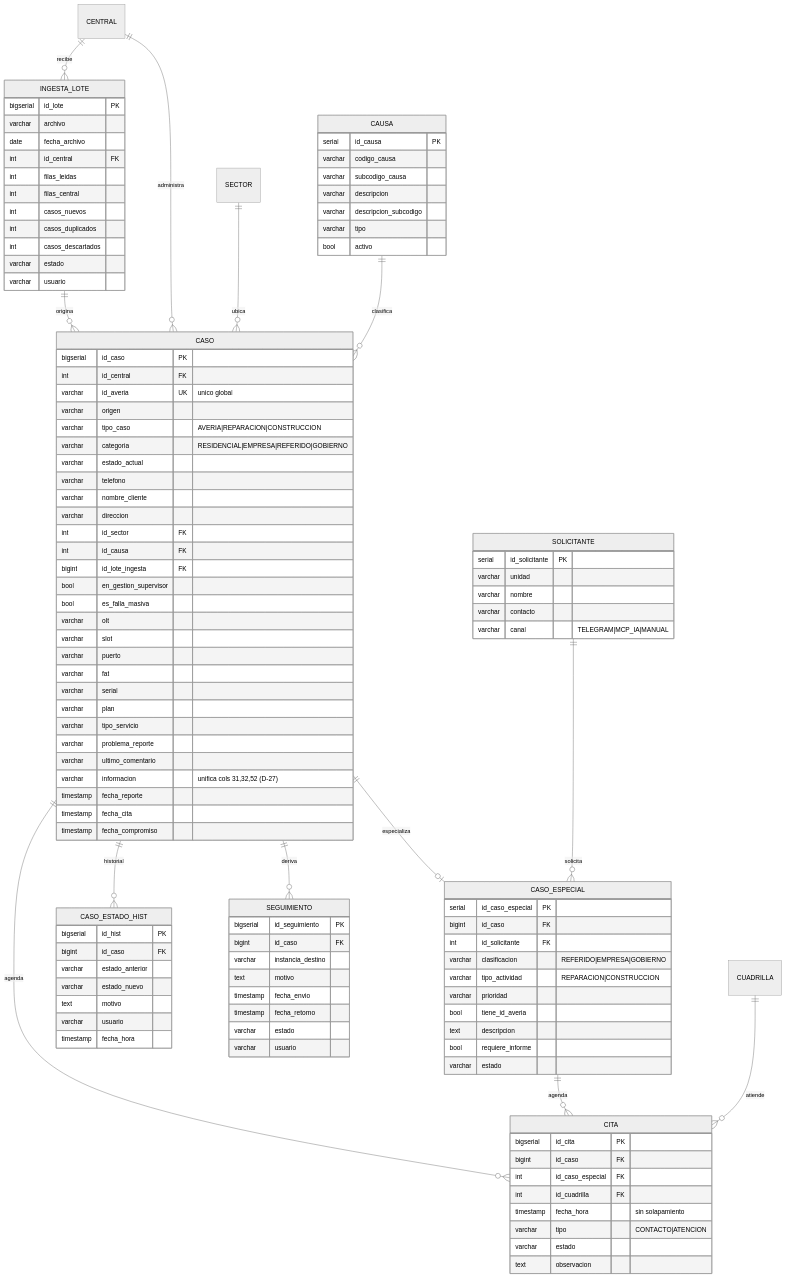
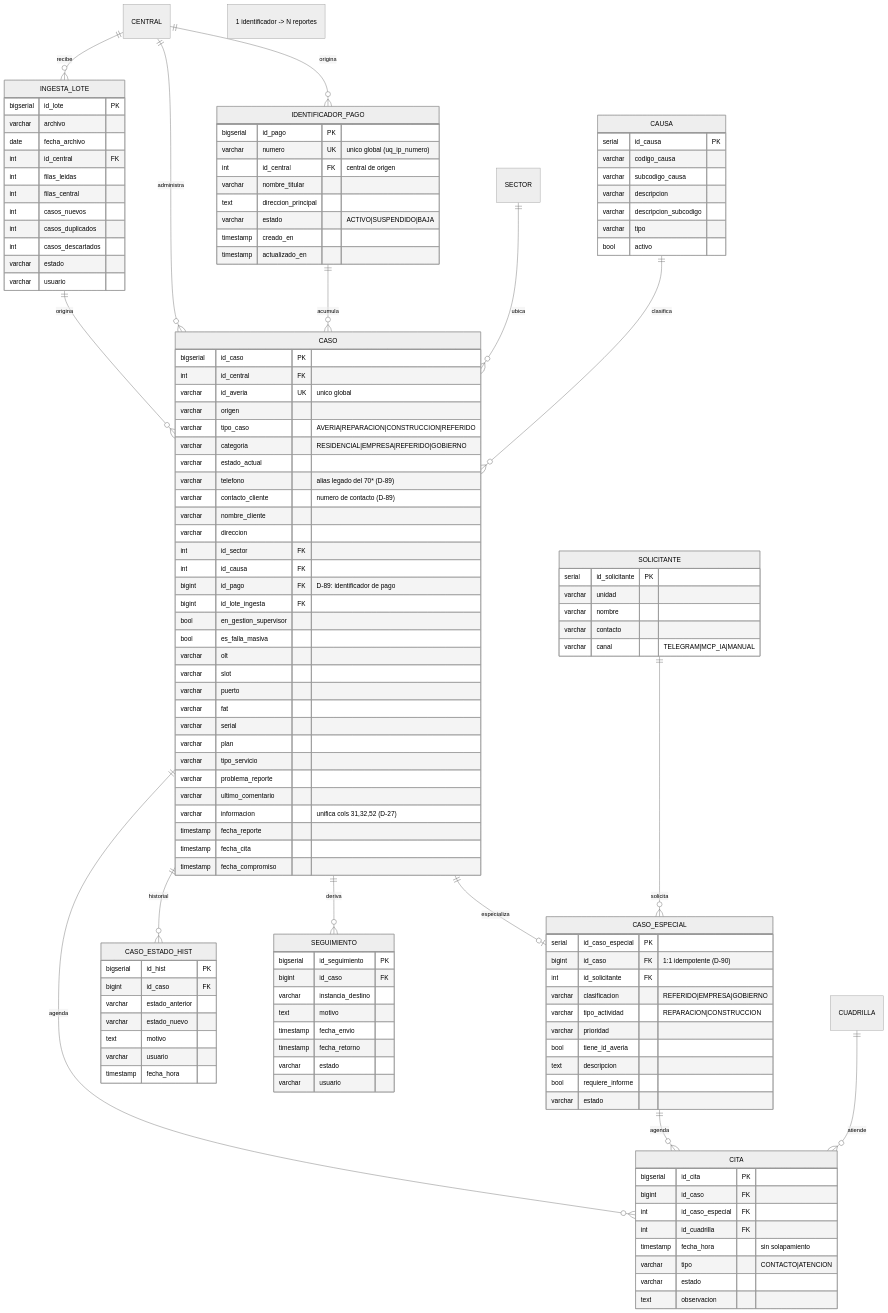
One commit to anlucorporations/GGTO changed the third of 7 diagrams in RepoTecnico/Manuales/06-Diagrama-Relacional/01-diagrama-er.md. Above: the diagram before and after it, drawn with Mermaid (neutral theme). The commit also changed other lines of this file and 259 other files, not shown here.

First line of the commit message:
feat(D-89..D-95): identificador de pago, APK de gestion y paquete documental D-95

```diff
--- a/RepoTecnico/Manuales/06-Diagrama-Relacional/01-diagrama-er.md
+++ b/RepoTecnico/Manuales/06-Diagrama-Relacional/01-diagrama-er.md
@@ -326,14 +339,16 @@
         int      id_central FK
         varchar  id_averia UK "unico global"
         varchar  origen
-        varchar  tipo_caso "AVERIA|REPARACION|CONSTRUCCION"
+        varchar  tipo_caso "AVERIA|REPARACION|CONSTRUCCION|REFERIDO"
         varchar  categoria "RESIDENCIAL|EMPRESA|REFERIDO|GOBIERNO"
         varchar  estado_actual
-        varchar  telefono
+        varchar  telefono "alias legado del 70* (D-89)"
+        varchar  contacto_cliente "numero de contacto (D-89)"
         varchar  nombre_cliente
         varchar  direccion
         int      id_sector FK
         int      id_causa FK
+        bigint   id_pago FK "D-89: identificador de pago"
         bigint   id_lote_ingesta FK
         bool     en_gestion_supervisor
         bool     es_falla_masiva
@@ -353,7 +368,7 @@
     }
     CASO_ESPECIAL {
         serial   id_caso_especial PK
-        bigint   id_caso FK
+        bigint   id_caso FK "1:1 idempotente (D-90)"
         int      id_solicitante FK
         varchar  clasificacion "REFERIDO|EMPRESA|GOBIERNO"
         varchar  tipo_actividad "REPARACION|CONSTRUCCION"
@@ -362,6 +377,16 @@
         text     descripcion
         bool     requiere_informe
         varchar  estado
+    }
+    IDENTIFICADOR_PAGO {
+        bigserial id_pago PK
+        varchar  numero UK "unico global (uq_ip_numero)"
+        int      id_central FK "central de origen"
+        varchar  nombre_titular
+        text     direccion_principal
+        varchar  estado "ACTIVO|SUSPENDIDO|BAJA"
+        timestamp creado_en
+        timestamp actualizado_en
     }
     SOLICITANTE {
         serial   id_solicitante PK
@@ -403,6 +428,8 @@
     CENTRAL      ||--o{ INGESTA_LOTE : recibe
     INGESTA_LOTE ||--o{ CASO : origina
     CENTRAL      ||--o{ CASO : administra
+    CENTRAL      ||--o{ IDENTIFICADOR_PAGO : origina
+    IDENTIFICADOR_PAGO ||--o{ CASO : acumula "1 identificador -> N reportes"
     SECTOR       ||--o{ CASO : ubica
     CAUSA        ||--o{ CASO : clasifica
     CASO         ||--o| CASO_ESPECIAL : especializa
```
